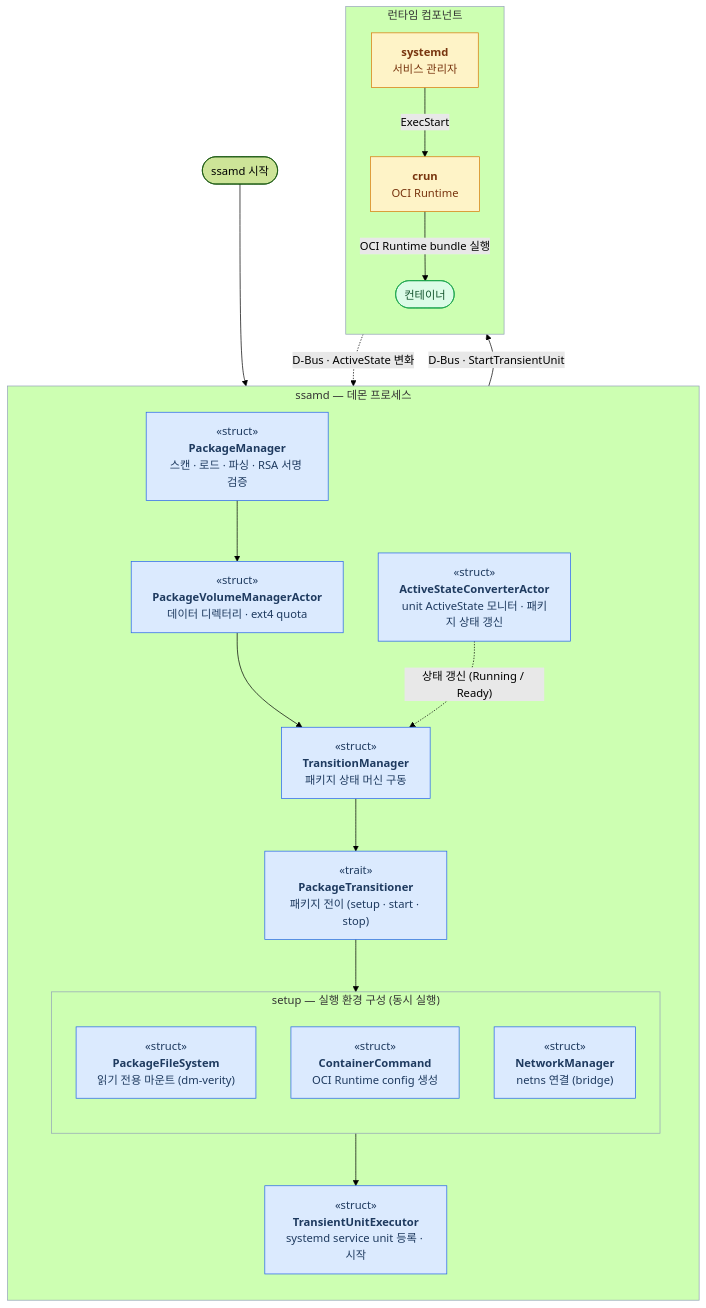
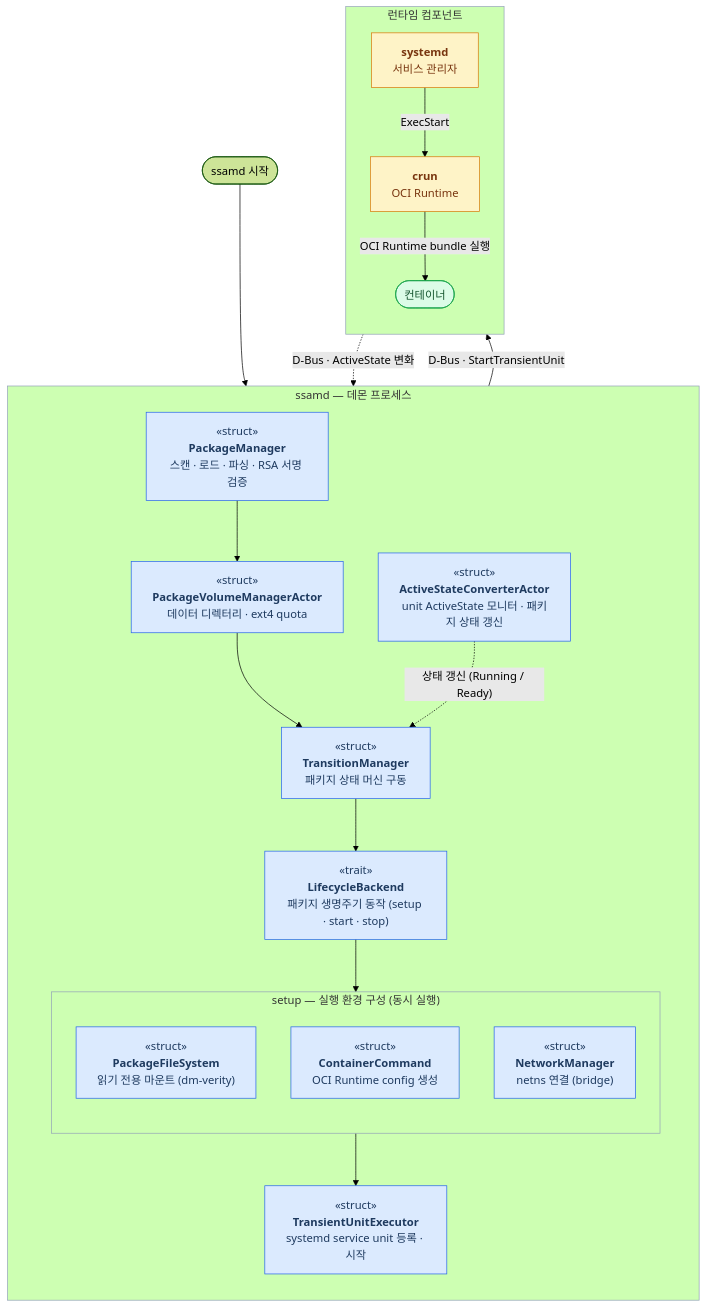
The first of 3 diagrams in docs/architecture/execution.ko.md (mobis-oss/ssam), drawn with Mermaid (forest theme) before and after one commit. The commit also changed other lines of this file and 5 other files, not shown here.

````diff
--- a/docs/architecture/execution.ko.md
+++ b/docs/architecture/execution.ko.md
@@ -24,41 +24,41 @@
 ```mermaid
 flowchart TB
   START(["ssamd 시작"]) --> PM
 
   subgraph SD["ssamd — 데몬 프로세스"]
     direction TB
     PM["«struct»<br/><b>PackageManager</b><br/>스캔 · 로드 · 파싱 · RSA 서명 검증"] --> PVM["«struct»<br/><b>PackageVolumeManagerActor</b><br/>데이터 디렉터리 · ext4 quota"]
     PVM --> TM["«struct»<br/><b>TransitionManager</b><br/>패키지 상태 머신 구동"]
-    TM --> PT["«trait»<br/><b>PackageTransitioner</b><br/>패키지 전이 (setup · start · stop)"]
+    TM --> PT["«trait»<br/><b>LifecycleBackend</b><br/>패키지 생명주기 동작 (setup · start · stop)"]
 
     subgraph SU["setup — 실행 환경 구성 (동시 실행)"]
       direction TB
       PFS["«struct»<br/><b>PackageFileSystem</b><br/>읽기 전용 마운트 (dm-verity)"]
       EC["«struct»<br/><b>ContainerCommand</b><br/>OCI Runtime config 생성"]
       NM["«struct»<br/><b>NetworkManager</b><br/>netns 연결 (bridge)"]
     end
 
     PT --> SU
     SU --> CEB["«struct»<br/><b>TransientUnitExecutor</b><br/>systemd service unit 등록 · 시작"]
     ASM["«struct»<br/><b>ActiveStateConverterActor</b><br/>unit ActiveState 모니터 · 패키지 상태 갱신"] -.->|"상태 갱신 (Running / Ready)"| TM
   end
 
   CEB -->|"D-Bus · StartTransientUnit"| SY
   SY -.->|"D-Bus · ActiveState 변화"| ASM
 
   subgraph EXT["런타임 컴포넌트"]
     direction TB
     SY["<b>systemd</b><br/>서비스 관리자"] -->|"ExecStart"| CR["<b>crun</b><br/>OCI Runtime"]
     CR -->|"OCI Runtime bundle 실행"| CT(["컨테이너"])
   end
 
   classDef actor fill:#dbeafe,stroke:#2563eb,color:#1e3a5f;
   classDef ext fill:#fef3c7,stroke:#d97706,color:#78350f;
   classDef result fill:#dcfce7,stroke:#16a34a,color:#14532d;
   class PM,TM,PT,PFS,EC,NM,PVM,CEB,ASM actor;
   class SY,CR ext;
   class CT result;
   style SD stroke:#94a3b8
   style SU stroke:#94a3b8
   style EXT stroke:#94a3b8
 ```
````
